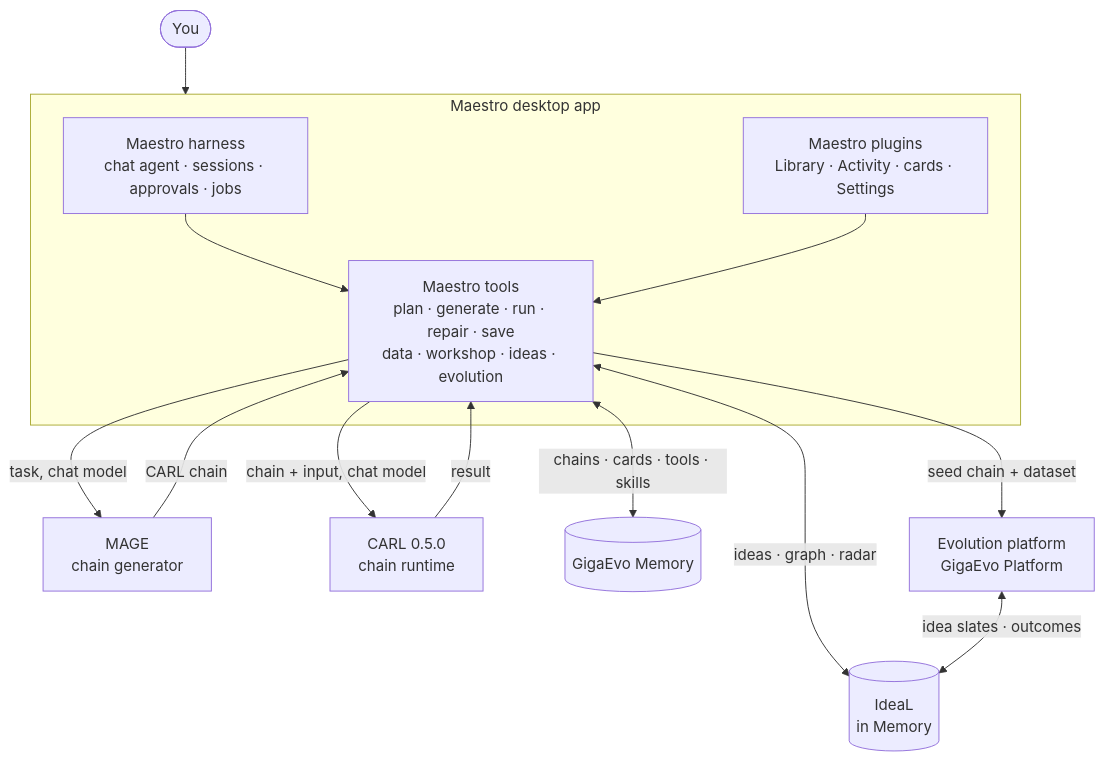
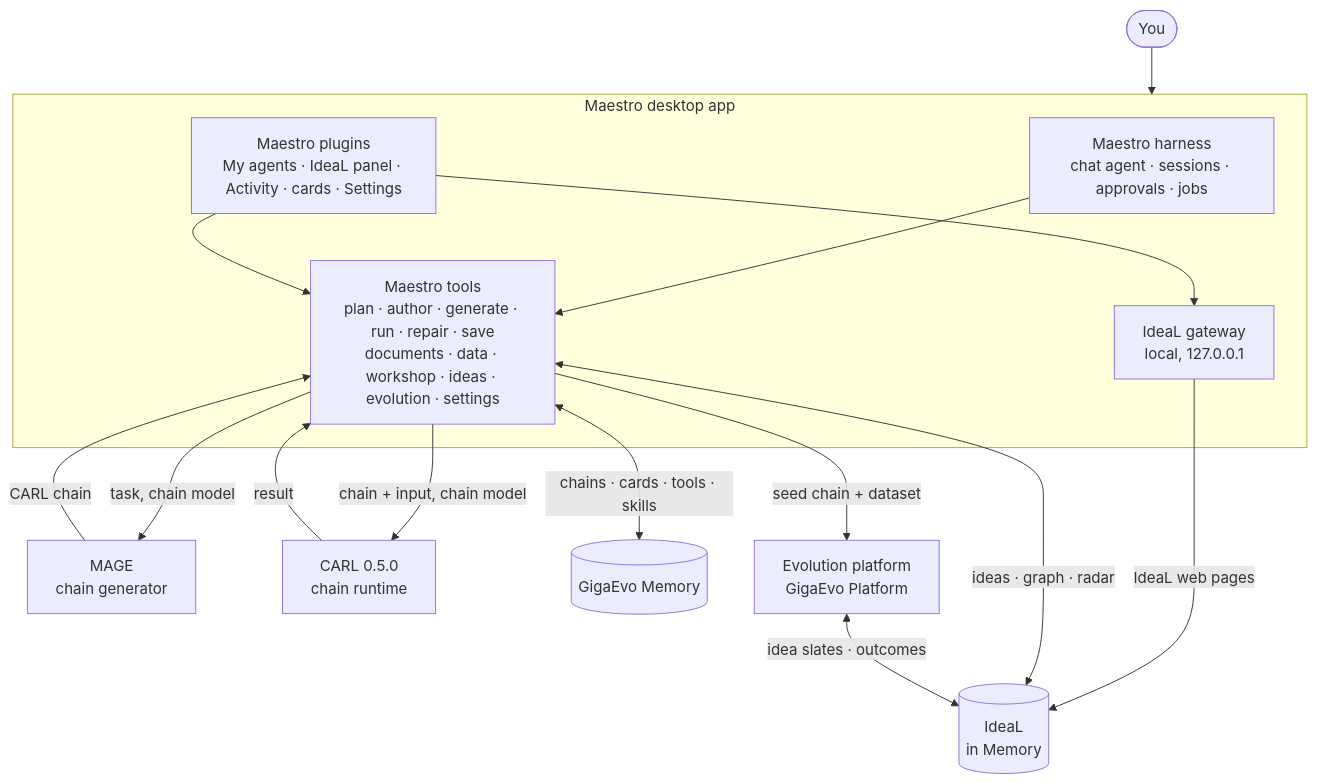
The diagram in src/content/docs/care/concepts/architecture.md (pyshka501/care-docs), drawn with Mermaid before and after one commit. The commit also changed other lines of this file and 37 other files, not shown here.

Commit message:
Maestro app: chat, agents, attachments, settings, IdeaL panel, evolution with judge and Pareto (EN + RU)

````diff
--- a/src/content/docs/care/concepts/architecture.md
+++ b/src/content/docs/care/concepts/architecture.md
@@ -11,19 +11,22 @@
 ```mermaid
 flowchart TB
     User([You]) --> App
     subgraph App["Maestro desktop app"]
         Harness["Maestro harness<br/>chat agent · sessions · approvals · jobs"]
-        Plugins["Maestro plugins<br/>Library · Activity · cards · Settings"]
-        Tools["Maestro tools<br/>plan · generate · run · repair · save<br/>data · workshop · ideas · evolution"]
+        Plugins["Maestro plugins<br/>My agents · IdeaL panel · Activity · cards · Settings"]
+        Tools["Maestro tools<br/>plan · author · generate · run · repair · save<br/>documents · data · workshop · ideas · evolution · settings"]
+        Gateway["IdeaL gateway<br/>local, 127.0.0.1"]
         Harness --> Tools
         Plugins --> Tools
+        Plugins --> Gateway
     end
-    Tools -->|task, chat model| MAGE["MAGE<br/>chain generator"]
+    Gateway -->|IdeaL web pages| IdeaL
+    Tools -->|task, chain model| MAGE["MAGE<br/>chain generator"]
     MAGE -->|CARL chain| Tools
-    Tools -->|chain + input, chat model| CARL["CARL 0.5.0<br/>chain runtime"]
+    Tools -->|chain + input, chain model| CARL["CARL 0.5.0<br/>chain runtime"]
     CARL -->|result| Tools
     Tools <-->|chains · cards · tools · skills| Memory[("GigaEvo Memory")]
     Tools <-->|ideas · graph · radar| IdeaL[("IdeaL<br/>in Memory")]
     Tools -->|seed chain + dataset| Platform["Evolution platform<br/>GigaEvo Platform"]
     Platform <-->|idea slates · outcomes| IdeaL
 ```
````
